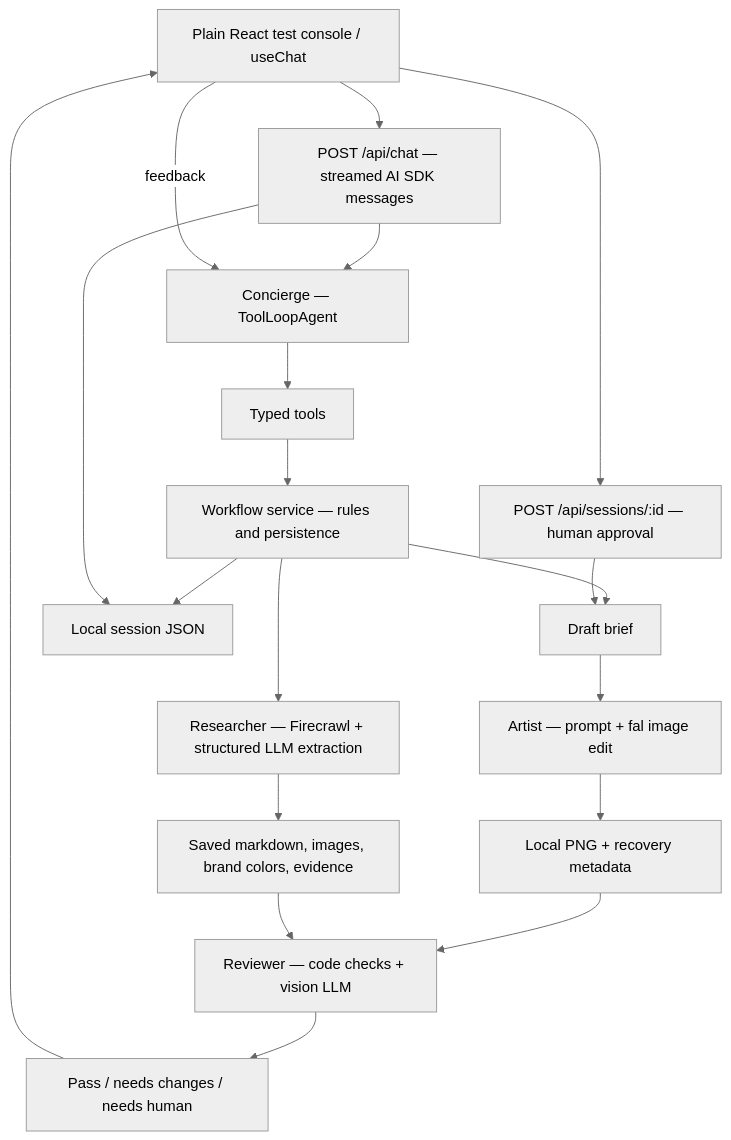
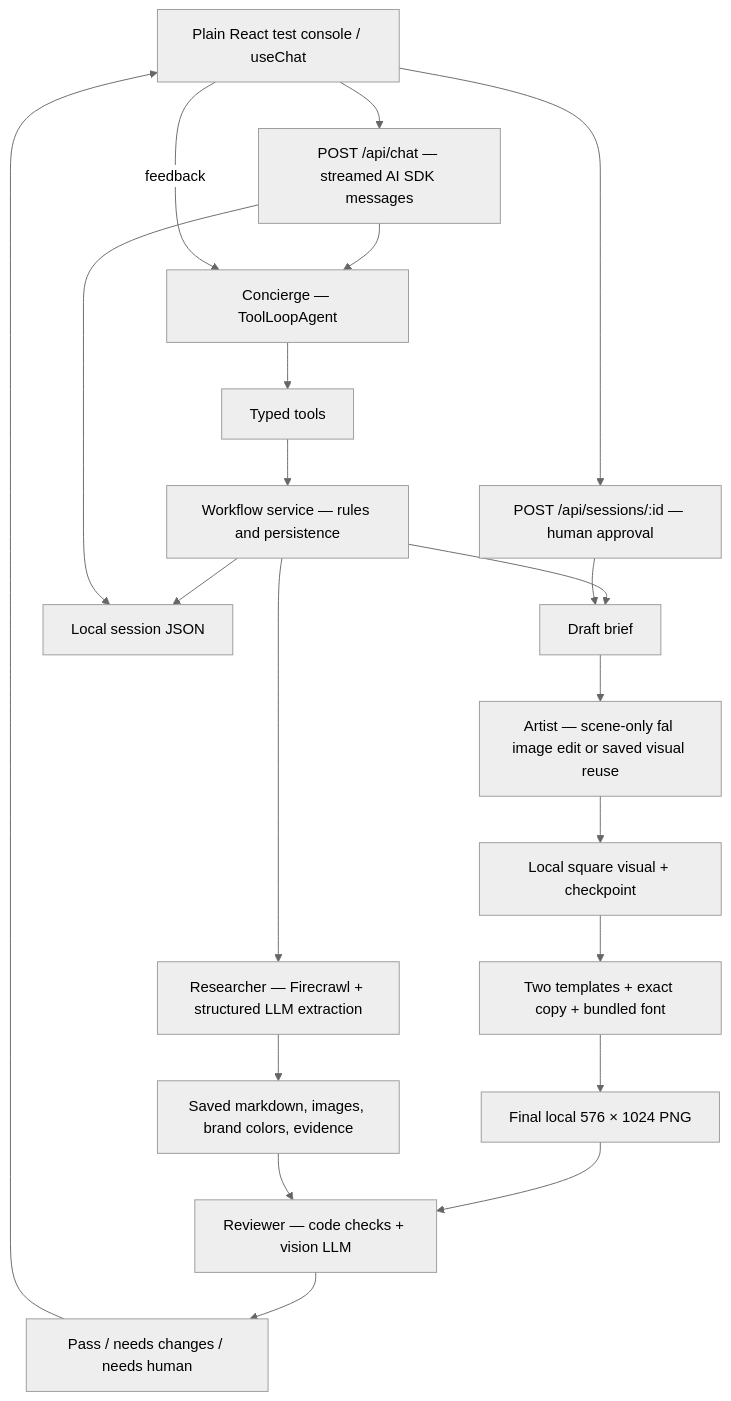
One commit to mattn02/ads-maxxing changed the diagram in ads-maxxing/README.md. Above: the diagram before and after it, drawn with Mermaid (neutral theme). The commit also changed other lines of this file and 27 other files, not shown here.

````diff
--- a/ads-maxxing/README.md
+++ b/ads-maxxing/README.md
@@ -44,21 +44,23 @@
 ```mermaid
 flowchart TD
   UI[Plain React test console / useChat] --> Chat[POST /api/chat — streamed AI SDK messages]
   Chat --> Concierge[Concierge — ToolLoopAgent]
   Concierge --> Tools[Typed tools]
   Tools --> Flow[Workflow service — rules and persistence]
   Flow --> Researcher[Researcher — Firecrawl + structured LLM extraction]
   Researcher --> Sources[Saved markdown, images, brand colors, evidence]
   Flow --> Brief[Draft brief]
   UI --> Approval[POST /api/sessions/:id — human approval]
   Approval --> Brief
-  Brief --> Artist[Artist — prompt + fal image edit]
-  Artist --> PNG[Local PNG + recovery metadata]
+  Brief --> Artist[Artist — scene-only fal image edit or saved visual reuse]
+  Artist --> Visual[Local square visual + checkpoint]
+  Visual --> Render[Two templates + exact copy + bundled font]
+  Render --> PNG[Final local 576 × 1024 PNG]
   PNG --> Reviewer[Reviewer — code checks + vision LLM]
   Sources --> Reviewer
   Reviewer --> Verdict[Pass / needs changes / needs human]
   Verdict --> UI
   UI -->|feedback| Concierge
   Flow --> Disk[Local session JSON]
   Chat --> Disk
 ```
````
